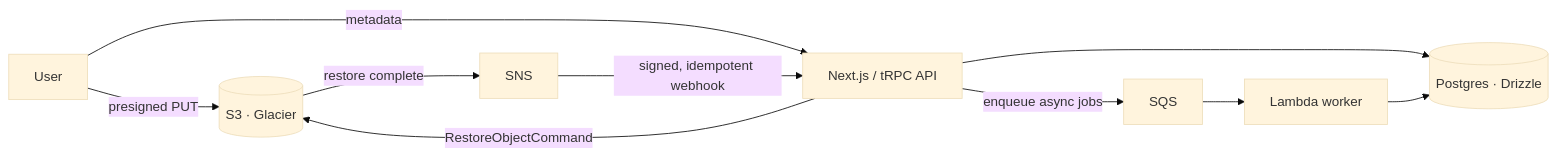
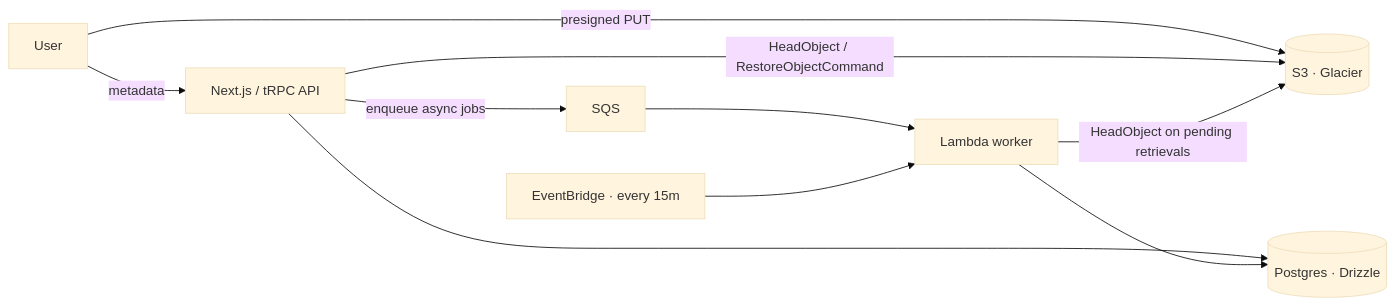
The first of 2 diagrams in README.md (thomasreichmann/nexus), drawn with Mermaid (base theme) before and after one commit. The commit also changed other lines of this file and 85 other files, not shown here.

Commit message:
refactor: S3 owns object state — drop the lifecycle event rail and files.storageTier (#416)

````diff
--- a/README.md
+++ b/README.md
@@ -39,12 +39,12 @@
 ```mermaid
 flowchart LR
     U[User] -->|presigned PUT| S3[(S3 · Glacier)]
     U -->|metadata| API[Next.js / tRPC API]
     API --> DB[(Postgres · Drizzle)]
     API -->|enqueue async jobs| SQS[SQS]
     SQS --> W[Lambda worker]
     W --> DB
-    API -->|RestoreObjectCommand| S3
-    S3 -->|restore complete| SNS[SNS]
-    SNS -->|signed, idempotent webhook| API
+    API -->|HeadObject / RestoreObjectCommand| S3
+    EB[EventBridge · every 15m] --> W
+    W -->|HeadObject on pending retrievals| S3
 ```
````
